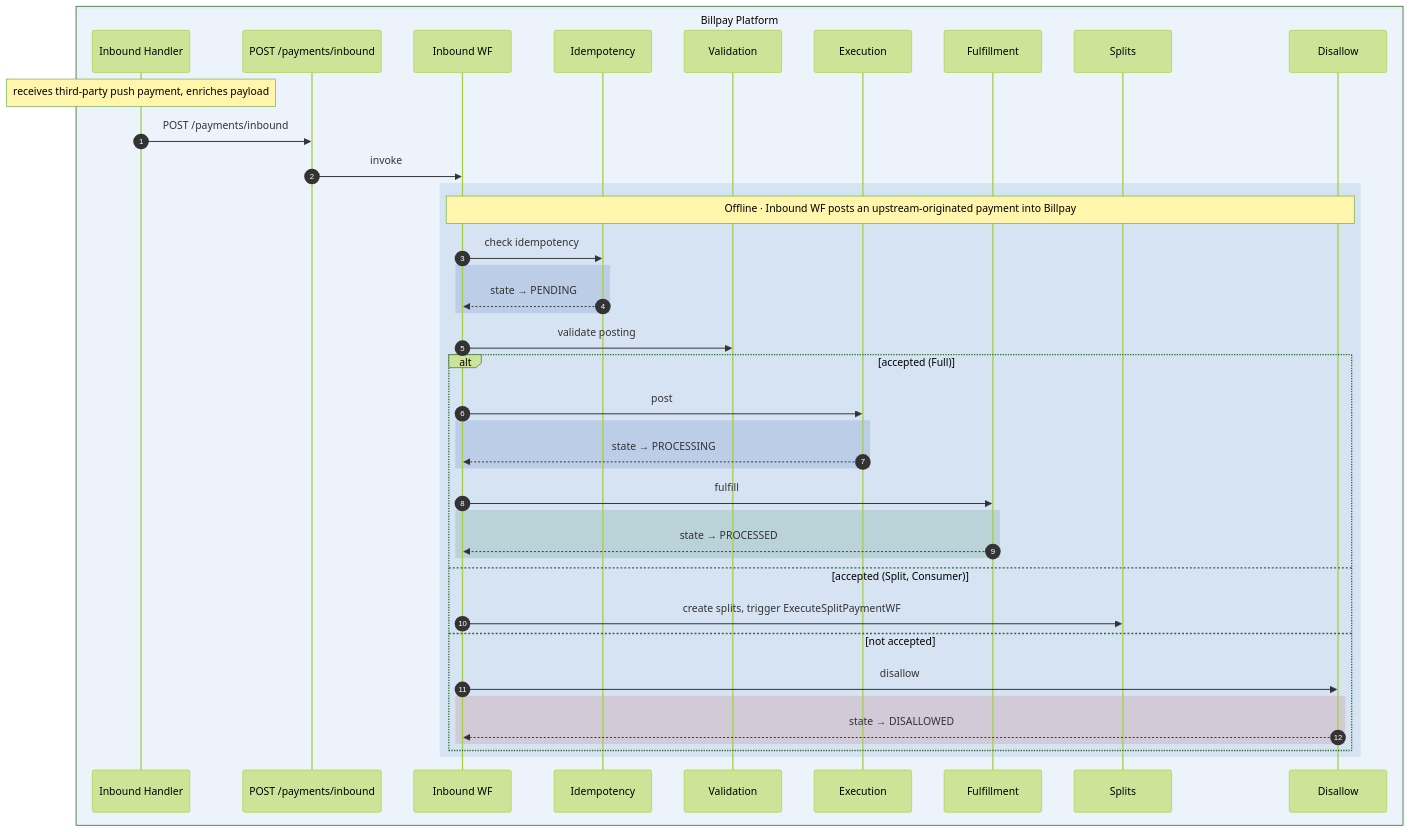
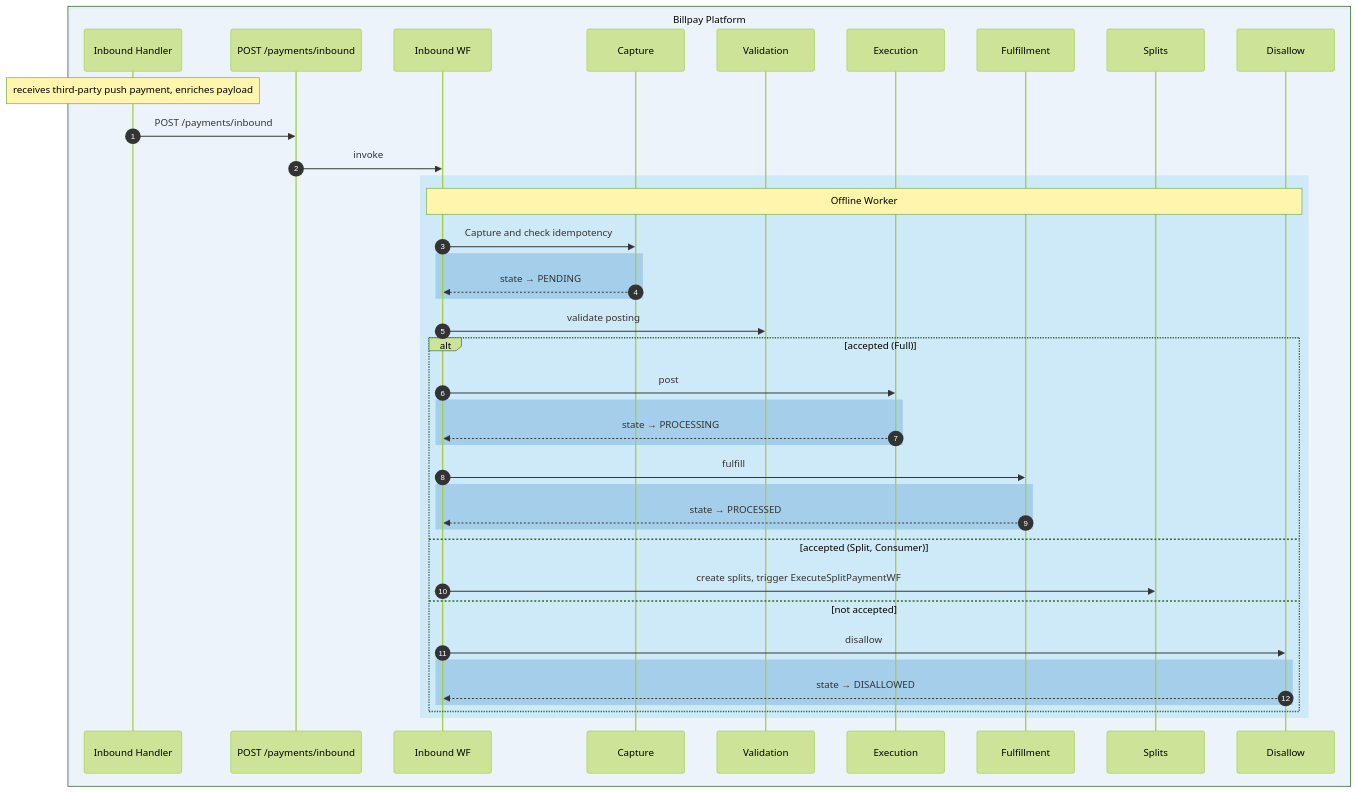
One commit to arunav-bhattacharya/billpay-book changed the ninth of 12 diagrams in website/docs/design/diagrams/sequence-diagram.md. Above: the diagram before and after it, drawn with Mermaid (forest theme). The commit also changed other lines of this file and 63 other files, not shown here.

First line of the commit message:
Redraw the sequence diagrams in Amex blue, and make them readable

````diff
--- a/website/docs/design/diagrams/sequence-diagram.md
+++ b/website/docs/design/diagrams/sequence-diagram.md
@@ -608,46 +687,54 @@
 ```mermaid
+---
+# Sans, not the site's mono: it reads better at this size and lays out about
+# 20% narrower. It has to be declared per diagram because Mermaid's global
+# fontFamily is mono for the state diagrams and overrides sequence.*FontFamily.
+config:
+  fontFamily: "BentonSansUI, Helvetica, Arial, sans-serif"
+  fontSize: 15
+---
 sequenceDiagram
   autonumber
 
   box rgba(1,111,208,0.06) Billpay Platform
     participant UPH as Inbound Handler
     participant API as POST /payments/inbound
     participant IB as Inbound WF
-    participant IDEMP as Idempotency
+    participant IDEMP as Capture
     participant PVP as Validation
     participant PPS as Execution
     participant PFL as Fulfillment
     participant PSC as Splits
     participant PRJ as Disallow
   end
 
   Note over UPH: receives third-party push payment, enriches payload
   UPH->>API: POST /payments/inbound
   API->>IB: invoke
 
-  rect rgba(1,91,179,0.10)
-    Note over IB,PRJ: Offline · Inbound WF posts an upstream-originated payment into Billpay
-    IB->>IDEMP: check idempotency
-    rect rgba(52,81,158,0.15)
+  rect rgba(0,163,224,0.13)
+    Note over IB,PRJ: Offline Worker
+    IB->>IDEMP: Capture and check idempotency
+    rect rgba(0,98,182,0.20)
       IDEMP-->>IB: state → PENDING
     end
     IB->>PVP: validate posting
     alt accepted (Full)
       IB->>PPS: post
-      rect rgba(52,81,158,0.15)
+      rect rgba(0,98,182,0.20)
         PPS-->>IB: state → PROCESSING
       end
       IB->>PFL: fulfill
-      rect rgba(47,125,84,0.16)
+      rect rgba(0,98,182,0.20)
         PFL-->>IB: state → PROCESSED
       end
     else accepted (Split, Consumer)
       IB->>PSC: create splits, trigger ExecuteSplitPaymentWF
     else not accepted
       IB->>PRJ: disallow
-      rect rgba(192,57,43,0.14)
+      rect rgba(0,98,182,0.20)
         PRJ-->>IB: state → DISALLOWED
       end
     end
   end
 ```
````
